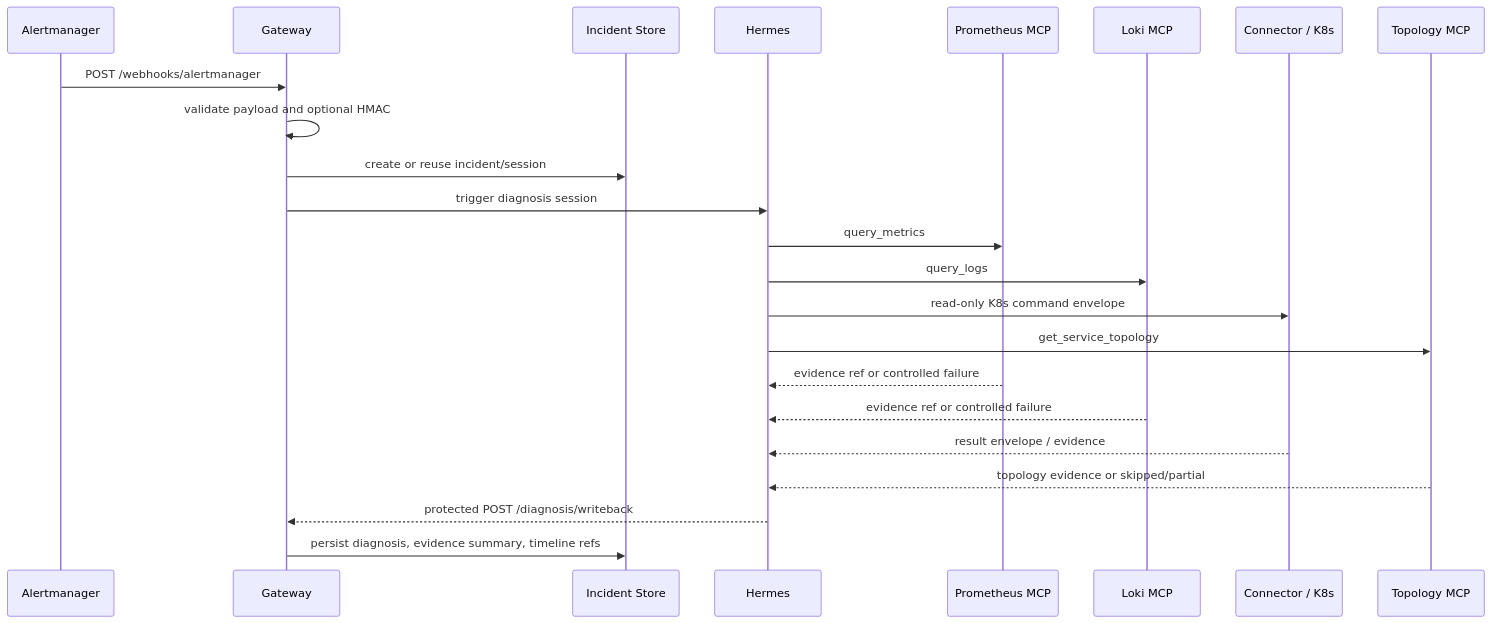
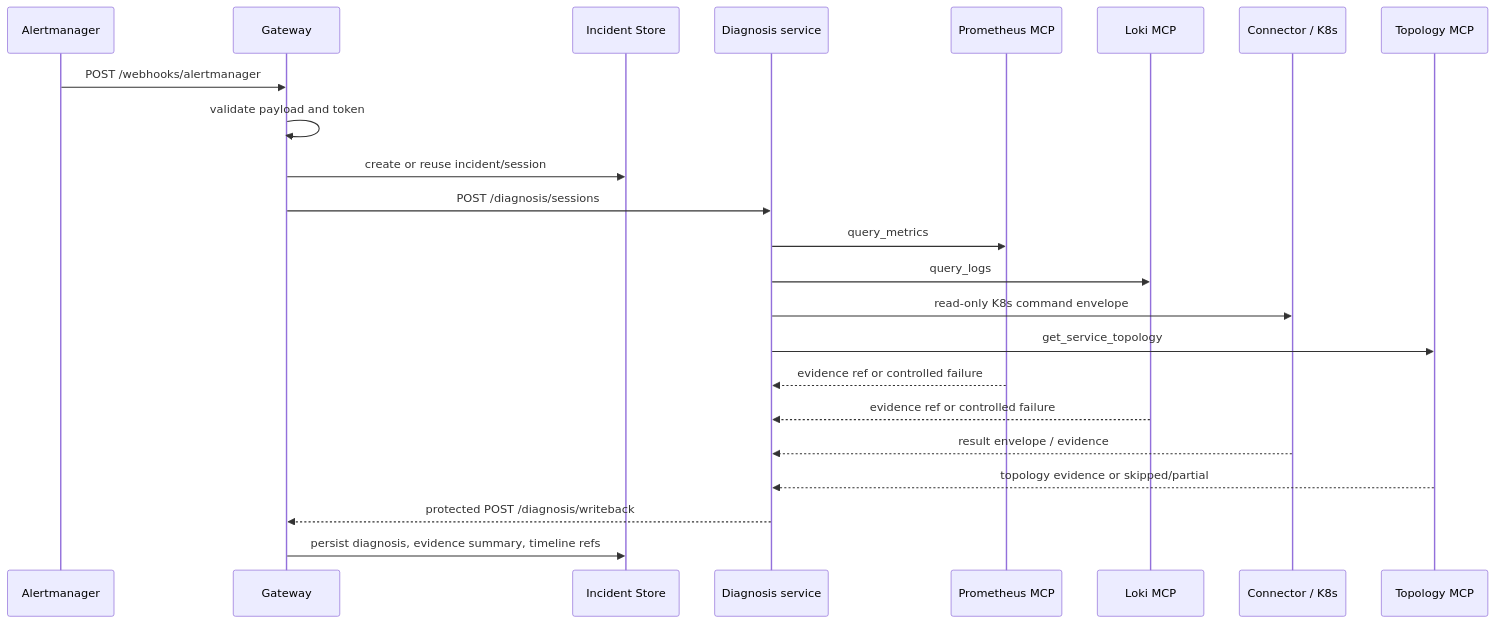
Before and after one commit to Timeless0927/AIops: the second of 5 diagrams in docs/architecture-diagrams.md, drawn with Mermaid. The commit also changed other lines of this file and 121 other files, not shown here.

````diff
--- a/docs/architecture-diagrams.md
+++ b/docs/architecture-diagrams.md
@@ -31,26 +29,26 @@
 ```mermaid
 sequenceDiagram
     participant AM as Alertmanager
     participant GW as Gateway
     participant Store as Incident Store
-    participant H as Hermes
+    participant D as Diagnosis service
     participant PM as Prometheus MCP
     participant LM as Loki MCP
     participant KM as Connector / K8s
     participant TM as Topology MCP
 
     AM->>GW: POST /webhooks/alertmanager
-    GW->>GW: validate payload and optional HMAC
+    GW->>GW: validate payload and token
     GW->>Store: create or reuse incident/session
-    GW->>H: trigger diagnosis session
-    H->>PM: query_metrics
-    H->>LM: query_logs
-    H->>KM: read-only K8s command envelope
-    H->>TM: get_service_topology
-    PM-->>H: evidence ref or controlled failure
-    LM-->>H: evidence ref or controlled failure
-    KM-->>H: result envelope / evidence
-    TM-->>H: topology evidence or skipped/partial
-    H-->>GW: protected POST /diagnosis/writeback
+    GW->>D: POST /diagnosis/sessions
+    D->>PM: query_metrics
+    D->>LM: query_logs
+    D->>KM: read-only K8s command envelope
+    D->>TM: get_service_topology
+    PM-->>D: evidence ref or controlled failure
+    LM-->>D: evidence ref or controlled failure
+    KM-->>D: result envelope / evidence
+    TM-->>D: topology evidence or skipped/partial
+    D-->>GW: protected POST /diagnosis/writeback
     GW->>Store: persist diagnosis, evidence summary, timeline refs
 ```
````
